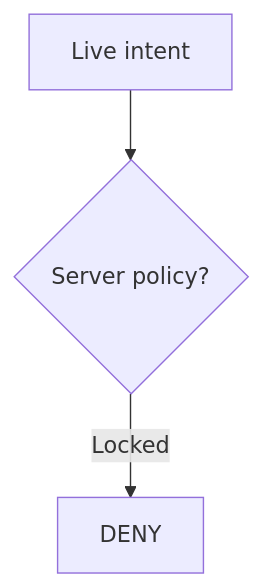
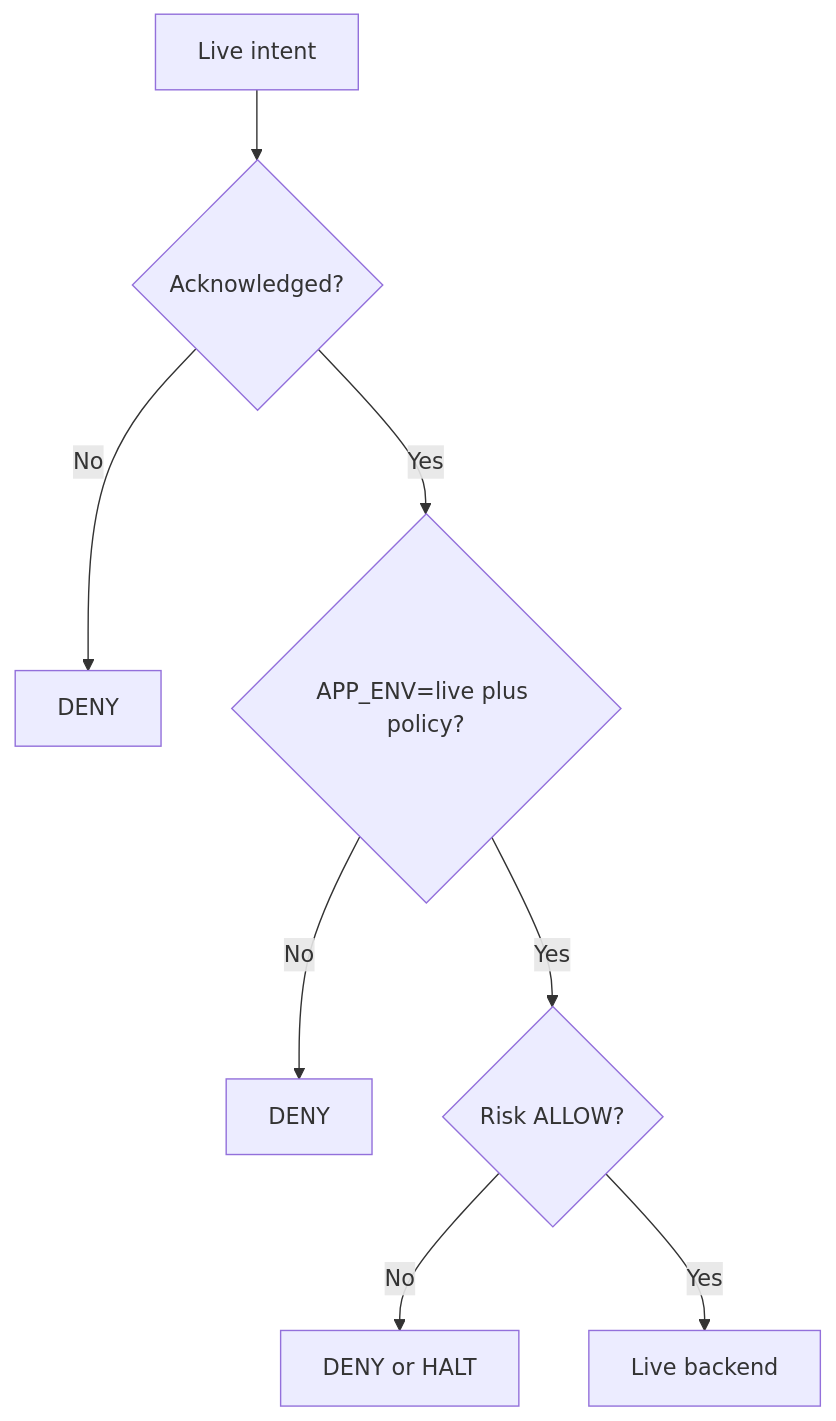
One commit to D1ZZY4/indodax-mcp changed the second of 2 diagrams in README.md. Above: the diagram before and after it, drawn with Mermaid. The commit also changed other lines of this file and 10 other files, not shown here.

````diff
--- a/README.md
+++ b/README.md
@@ -94,5 +94,10 @@
 ```mermaid
 flowchart TD
-    Intent["Live intent"] --> Policy{"Server policy?"}
-    Policy -->|"Locked"| Deny["DENY"]
+    Intent["Live intent"] --> Ack{"Acknowledged?"}
+    Ack -->|"No"| Deny1["DENY"]
+    Ack -->|"Yes"| Policy{"APP_ENV=live plus policy?"}
+    Policy -->|"No"| Deny2["DENY"]
+    Policy -->|"Yes"| Risk{"Risk ALLOW?"}
+    Risk -->|"No"| Deny3["DENY or HALT"]
+    Risk -->|"Yes"| LiveExec["Live backend"]
 ```
````
